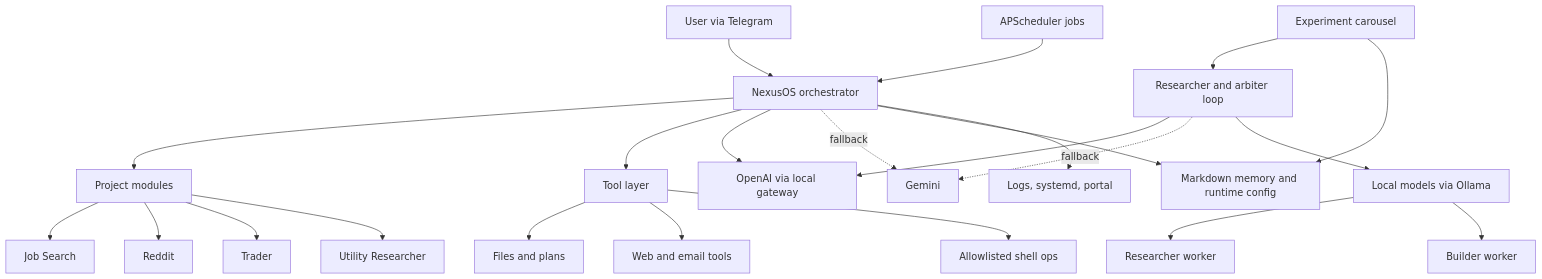
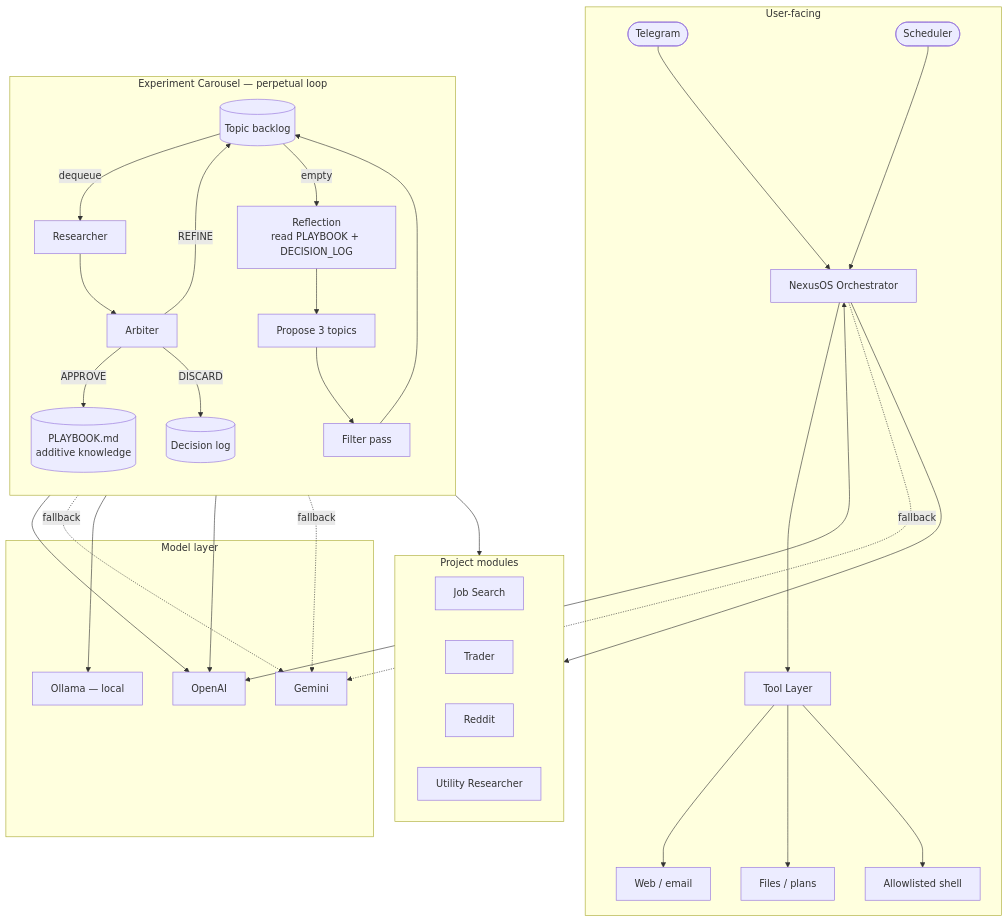
One commit to MagicJeff/Open_Claw_Setup_Oli_Lester changed the diagram in README.md. Above: the diagram before and after it, drawn with Mermaid.

Commit message:
docs: update architecture diagram with carousel reflection loop

````diff
--- a/README.md
+++ b/README.md
@@ -40,25 +40,48 @@
 ```mermaid
 flowchart TD
-    U[User via Telegram] --> N[NexusOS orchestrator]
-    S[APScheduler jobs] --> N
-    N --> P[Project modules]
-    P --> J[Job Search]
-    P --> R[Reddit]
-    P --> T[Trader]
-    P --> U2[Utility Researcher]
-    N --> TL[Tool layer]
-    TL --> F[Files and plans]
-    TL --> W[Web and email tools]
-    TL --> SH[Allowlisted shell ops]
-    N --> OAI[OpenAI via local gateway]
-    N -. fallback .-> GEM[Gemini]
-    C[Experiment carousel] --> CR[Researcher and arbiter loop]
-    CR --> OAI
-    CR -. fallback .-> GEM
-    CR --> OLL[Local models via Ollama]
-    OLL --> LR[Researcher worker]
-    OLL --> LB[Builder worker]
-    N --> MEM[Markdown memory and runtime config]
-    C --> MEM
-    N --> OBS[Logs, systemd, portal]
+    subgraph USER["User-facing"]
+        U([Telegram]) --> N[NexusOS Orchestrator]
+        SCH([Scheduler]) --> N
+        N --> TOOLS[Tool Layer]
+        TOOLS --> WEB[Web / email]
+        TOOLS --> FILES[Files / plans]
+        TOOLS --> SHELL[Allowlisted shell]
+    end
+
+    subgraph MODELS["Model layer"]
+        OAI[OpenAI]
+        GEM[Gemini]
+        OLL[Ollama — local]
+    end
+
+    subgraph CAROUSEL["Experiment Carousel — perpetual loop"]
+        direction TB
+        BL[(Topic backlog)] -->|dequeue| RES[Researcher]
+        RES --> ARB[Arbiter]
+        ARB -->|APPROVE| PB[(PLAYBOOK.md\nadditive knowledge)]
+        ARB -->|REFINE| BL
+        ARB -->|DISCARD| DL[(Decision log)]
+        BL -->|empty| REF[Reflection\nread PLAYBOOK + DECISION_LOG]
+        REF --> GEN[Propose 3 topics]
+        GEN --> FILT[Filter pass]
+        FILT --> BL
+    end
+
+    N <--> OAI
+    N -.fallback.-> GEM
+    RES --> OAI
+    RES -.fallback.-> GEM
+    RES --> OLL
+    ARB --> OAI
+    ARB -.fallback.-> GEM
+
+    subgraph PROJECTS["Project modules"]
+        JS[Job Search]
+        TR[Trader]
+        RD[Reddit]
+        UR[Utility Researcher]
+    end
+
+    N --> PROJECTS
+    CAROUSEL --> PROJECTS
 ```
````
